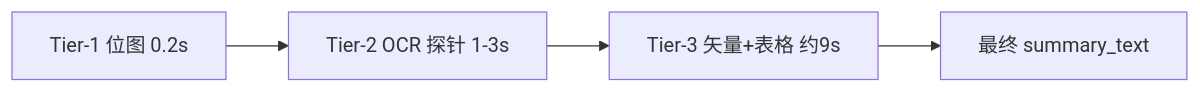
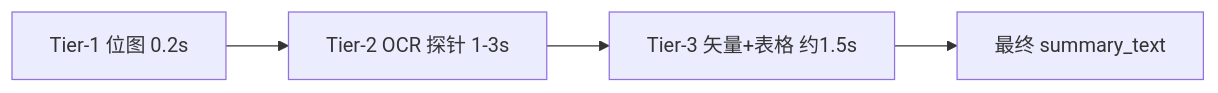
The diagram in docs/plans/PLAN-028-prescan-parity/PLAN-028-prescan-parity.md (Charlie780405/Qyunslation), drawn with Mermaid before and after one commit. The commit also changed other lines of this file and 7 other files, not shown here.

````diff
--- a/docs/plans/PLAN-028-prescan-parity/PLAN-028-prescan-parity.md
+++ b/docs/plans/PLAN-028-prescan-parity/PLAN-028-prescan-parity.md
@@ -19,6 +20,6 @@
 ```mermaid
 flowchart LR
     T1[Tier-1 位图 0.2s] --> T2[Tier-2 OCR 探针 1-3s]
-    T2 --> T3[Tier-3 矢量+表格 约9s]
+    T2 --> T3[Tier-3 矢量+表格 约1.5s]
     T3 --> UI[最终 summary_text]
 ```
````
